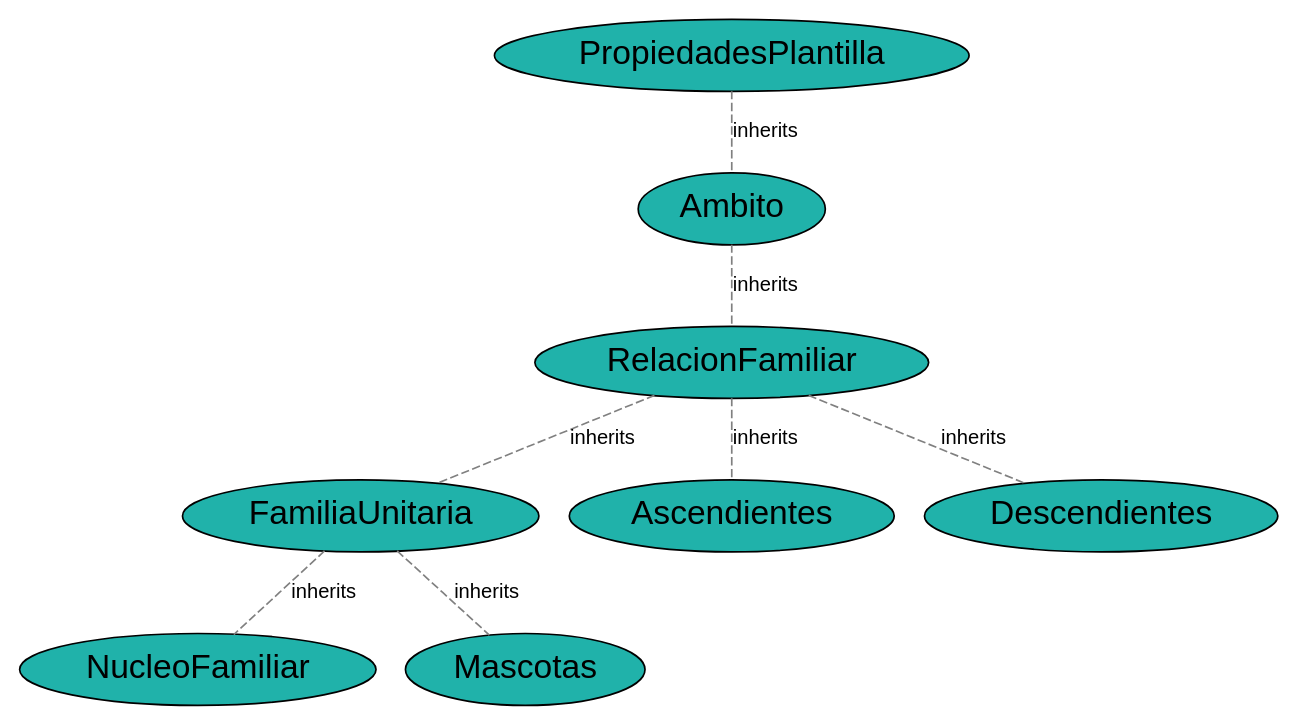
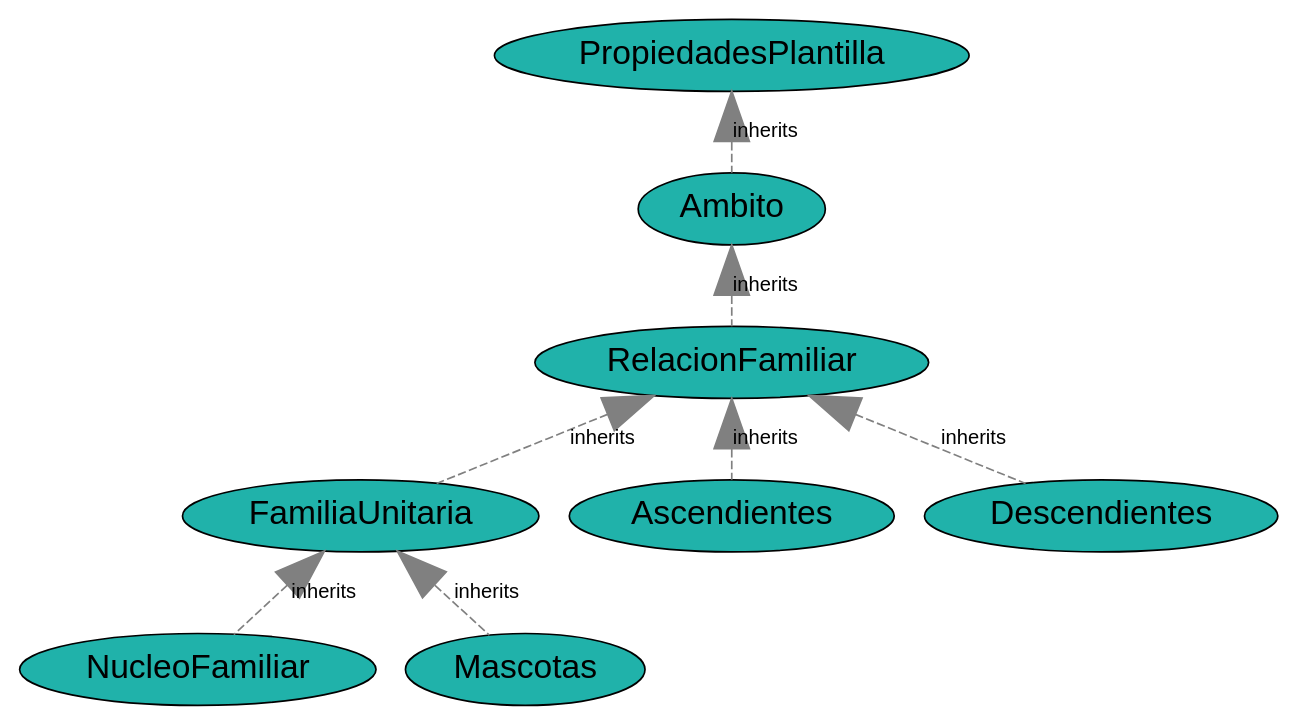
One commit to JuanCasado/Lenguajes changed the diagram in Output/csv_dot2_properties.dot. Above: the diagram before and after it, drawn with Graphviz. The commit also changed 189 other files, not shown here.

```diff
--- a/Output/csv_dot2_properties.dot
+++ b/Output/csv_dot2_properties.dot
@@ -1,50 +1,50 @@
 graph properties{
 	//Defecto
 	node [fontname="Arial"];
 	edge [fontname="Arial",fontsize=12];
 
 	//PROPERTIES
 	node[fontsize="10", fillcolor="lightgoldenrodyellow", style="filled", shape="record", ]
 
 	
 
 	//CLASES
 	node[fontsize="20", fillcolor="lightseagreen", style="filled", shape="ellipse", ]
 
 	
 	class_FamiliaUnitaria [label="FamiliaUnitaria"];
 	class_NucleoFamiliar [label="NucleoFamiliar"];
 	class_Ascendientes [label="Ascendientes"];
 	class_Descendientes [label="Descendientes"];
 	class_PropiedadesPlantilla [label="PropiedadesPlantilla"];
 	class_RelacionFamiliar [label="RelacionFamiliar"];
 	class_Mascotas [label="Mascotas"];
 	class_Ambito [label="Ambito"];
 
 	//RELACIONES
 	node[fontsize="15", fillcolor="paleturquoise", style="filled", shape="hexagon", ]
 
 
 	//CLASE -- PROPIEDAD
 	edge[len="3", style="dashed", color="grey", ]
 
 
 	//RELACION -- PROPIEDAD
 
 	// uso indirecto de definiciÃ³n de tipos
 
 	// asociaciones a travÃ©s de atributos marcadas de forma directa
 
 	// herencias
-	class_PropiedadesPlantilla -- class_Ambito [label="inherits"];
-	class_Ambito -- class_RelacionFamiliar [label="inherits"];
-	class_RelacionFamiliar -- class_FamiliaUnitaria [label="inherits"];
-	class_FamiliaUnitaria -- class_NucleoFamiliar [label="inherits"];
-	class_RelacionFamiliar -- class_Ascendientes [label="inherits"];
-	class_RelacionFamiliar -- class_Descendientes [label="inherits"];
-	class_FamiliaUnitaria -- class_Mascotas [label="inherits"];
+	class_PropiedadesPlantilla -- class_Ambito [arrowsize="3", arrowhead="normal", dir="back", label="inherits"];
+	class_Ambito -- class_RelacionFamiliar [arrowsize="3", arrowhead="normal", dir="back", label="inherits"];
+	class_RelacionFamiliar -- class_FamiliaUnitaria [arrowsize="3", arrowhead="normal", dir="back", label="inherits"];
+	class_FamiliaUnitaria -- class_NucleoFamiliar [arrowsize="3", arrowhead="normal", dir="back", label="inherits"];
+	class_RelacionFamiliar -- class_Ascendientes [arrowsize="3", arrowhead="normal", dir="back", label="inherits"];
+	class_RelacionFamiliar -- class_Descendientes [arrowsize="3", arrowhead="normal", dir="back", label="inherits"];
+	class_FamiliaUnitaria -- class_Mascotas [arrowsize="3", arrowhead="normal", dir="back", label="inherits"];
 
 	// enlaces de relaciones
 	edge[len="2",penwidth="3",color="blue"]
 
 }
```
